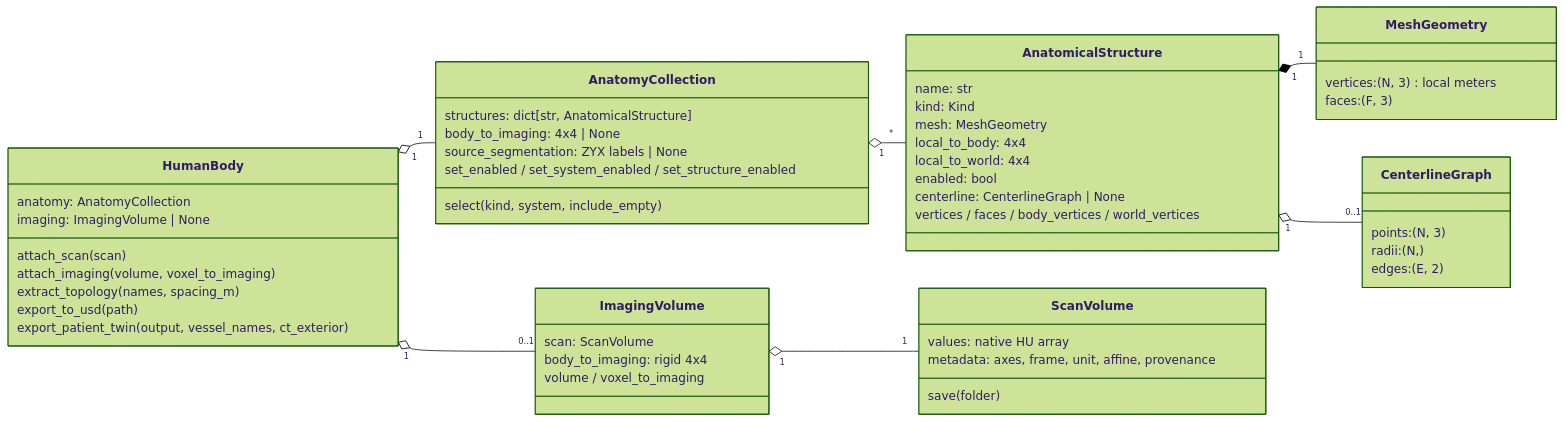
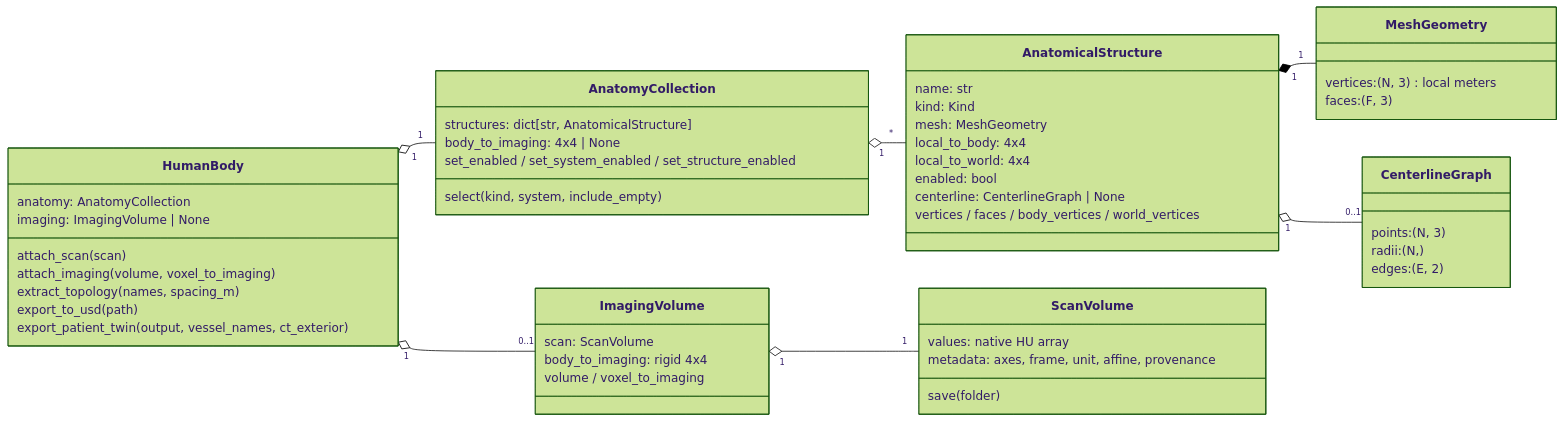
The first of 2 diagrams in patient-digital-twin/docs/architecture.md (isaac-for-healthcare/i4h-digital-twin), drawn with Mermaid (forest theme) before and after one commit. The commit also changed other lines of this file and 6 other files, not shown here.

````diff
--- a/patient-digital-twin/docs/architecture.md
+++ b/patient-digital-twin/docs/architecture.md
@@ -30,55 +30,54 @@
 ```mermaid
 classDiagram
     direction LR
     class HumanBody {
         anatomy: AnatomyCollection
         imaging: ImagingVolume | None
         attach_scan(scan)
         attach_imaging(volume, voxel_to_imaging)
         extract_topology(names, spacing_m)
         export_to_usd(path)
         export_patient_twin(output, vessel_names, ct_exterior)
     }
     class AnatomyCollection {
         structures: dict[str, AnatomicalStructure]
         body_to_imaging: 4x4 | None
-        source_segmentation: ZYX labels | None
         select(kind, system, include_empty)
         set_enabled / set_system_enabled / set_structure_enabled
     }
     class AnatomicalStructure {
         name: str
         kind: Kind
         mesh: MeshGeometry
         local_to_body: 4x4
         local_to_world: 4x4
         enabled: bool
         centerline: CenterlineGraph | None
         vertices / faces / body_vertices / world_vertices
     }
     class MeshGeometry {
         vertices: (N, 3) local meters
         faces: (F, 3)
     }
     class CenterlineGraph {
         points: (N, 3)
         radii: (N,)
         edges: (E, 2)
     }
     class ImagingVolume {
         scan: ScanVolume
         body_to_imaging: rigid 4x4
         volume / voxel_to_imaging
     }
     class ScanVolume {
         values: native HU array
         metadata: axes, frame, unit, affine, provenance
         save(folder)
     }
     HumanBody "1" o-- "1" AnatomyCollection
     HumanBody "1" o-- "0..1" ImagingVolume
     AnatomyCollection "1" o-- "*" AnatomicalStructure
     AnatomicalStructure "1" *-- "1" MeshGeometry
     AnatomicalStructure "1" o-- "0..1" CenterlineGraph
     ImagingVolume "1" o-- "1" ScanVolume
 ```
````
